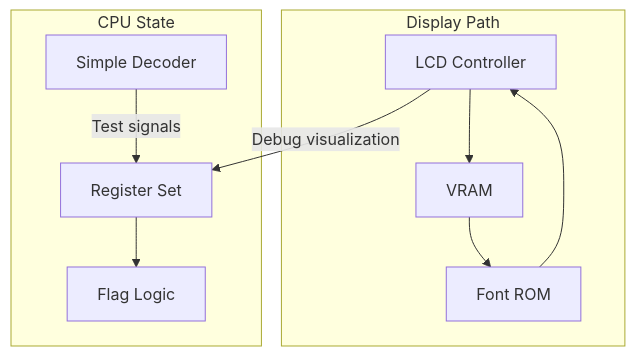
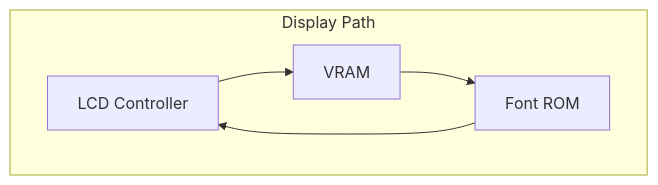
One commit to sokoide/tangnano_6502_cpu changed the first of 2 diagrams in day04_completed/README.md. Above: the diagram before and after it, drawn with Mermaid. The commit also changed other lines of this file and 11 other files, not shown here.

````diff
--- a/day04_completed/README.md
+++ b/day04_completed/README.md
@@ -29,13 +24,8 @@
 ```mermaid
 graph TD
     subgraph "Display Path"
         LCD[LCD Controller] --> VRAM
         VRAM --> FR[Font ROM]
         FR --> LCD
     end
-    subgraph "CPU State"
-        REG[Register Set] --> FLAGS[Flag Logic]
-        DEC[Simple Decoder] -- Test signals --> REG
-    end
-    LCD -- Debug visualization --> REG
 ```
````
